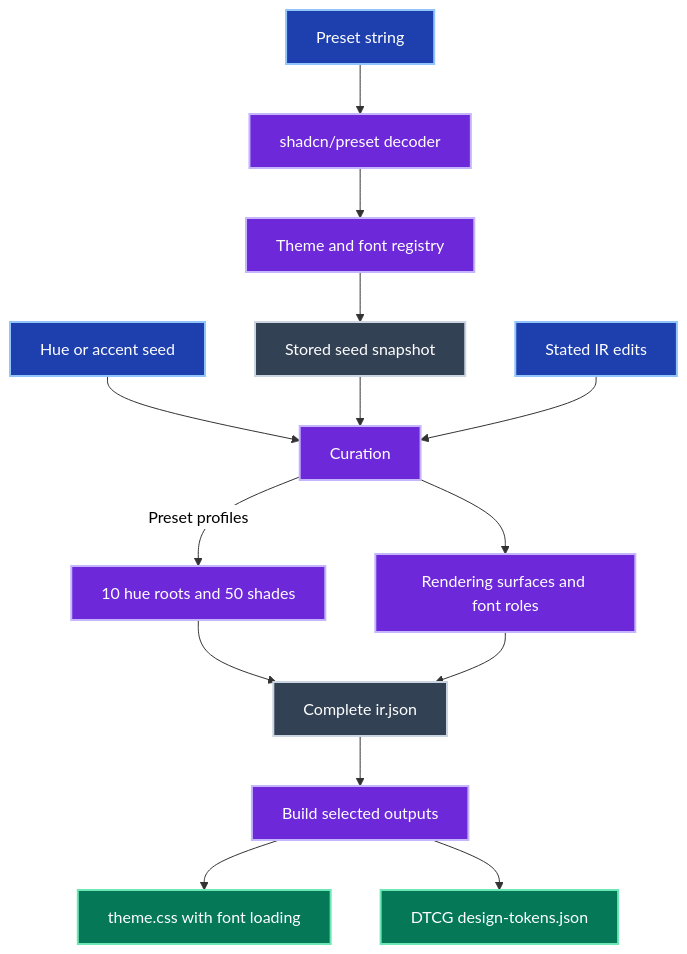
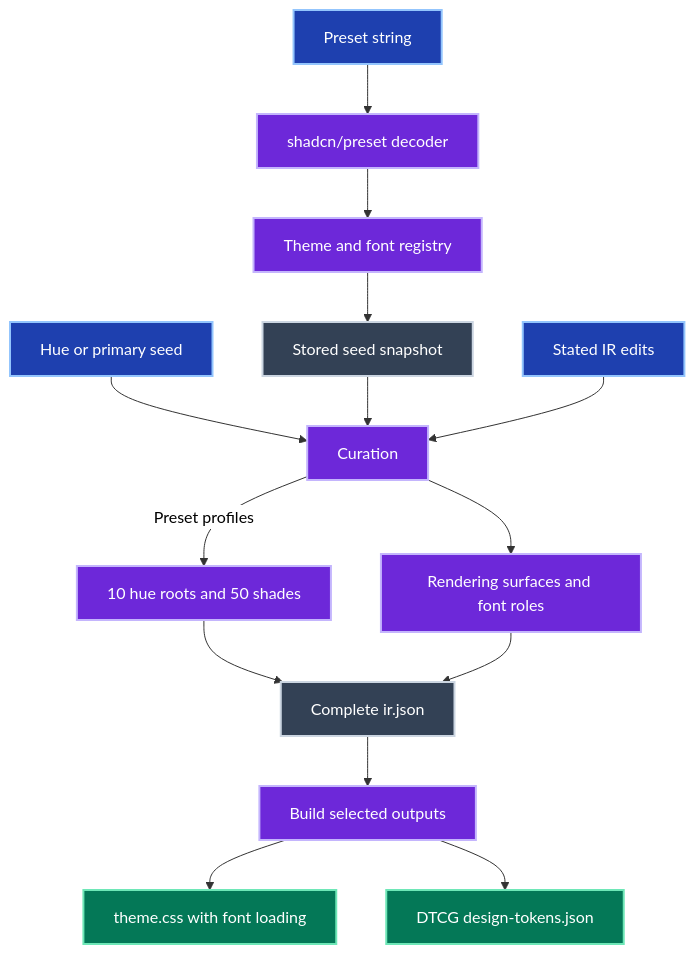
Before and after one commit to jpeakai/skills: the second of 2 diagrams in plugins/jpai-essentials/skills/design-profiles/README.md, drawn with Mermaid. The commit also changed other lines of this file and 105 other files, not shown here.

````diff
--- a/plugins/jpai-essentials/skills/design-profiles/README.md
+++ b/plugins/jpai-essentials/skills/design-profiles/README.md
@@ -31,26 +31,26 @@
 ```mermaid
 ---
 config:
   themeVariables:
     textColor: '#010101'
     edgeLabelBackground: '#ffffff'
 ---
 flowchart TD
     P["Preset string"]:::input --> D["shadcn/preset decoder"]:::process
     D --> R["Theme and font registry"]:::process
     R --> S["Stored seed snapshot"]:::artifact
-    H["Hue or accent seed"]:::input --> C["Curation"]:::process
+    H["Hue or primary seed"]:::input --> C["Curation"]:::process
     S --> C
     E["Stated IR edits"]:::input --> C
     C -->|Preset profiles| W["10 hue roots and 50 shades"]:::process
     C --> V["Rendering surfaces and font roles"]:::process
     W --> IR["Complete ir.json"]:::artifact
     V --> IR
     IR --> B["Build selected outputs"]:::process
     B --> CSS["theme.css with font loading"]:::output
     B --> T["DTCG design-tokens.json"]:::output
     classDef input fill:#1e40af,stroke:#93c5fd,color:#fff,stroke-width:2px
     classDef process fill:#6d28d9,stroke:#c4b5fd,color:#fff,stroke-width:2px
     classDef artifact fill:#334155,stroke:#cbd5e1,color:#fff,stroke-width:2px
     classDef output fill:#047857,stroke:#6ee7b7,color:#fff,stroke-width:2px
 ```
````
